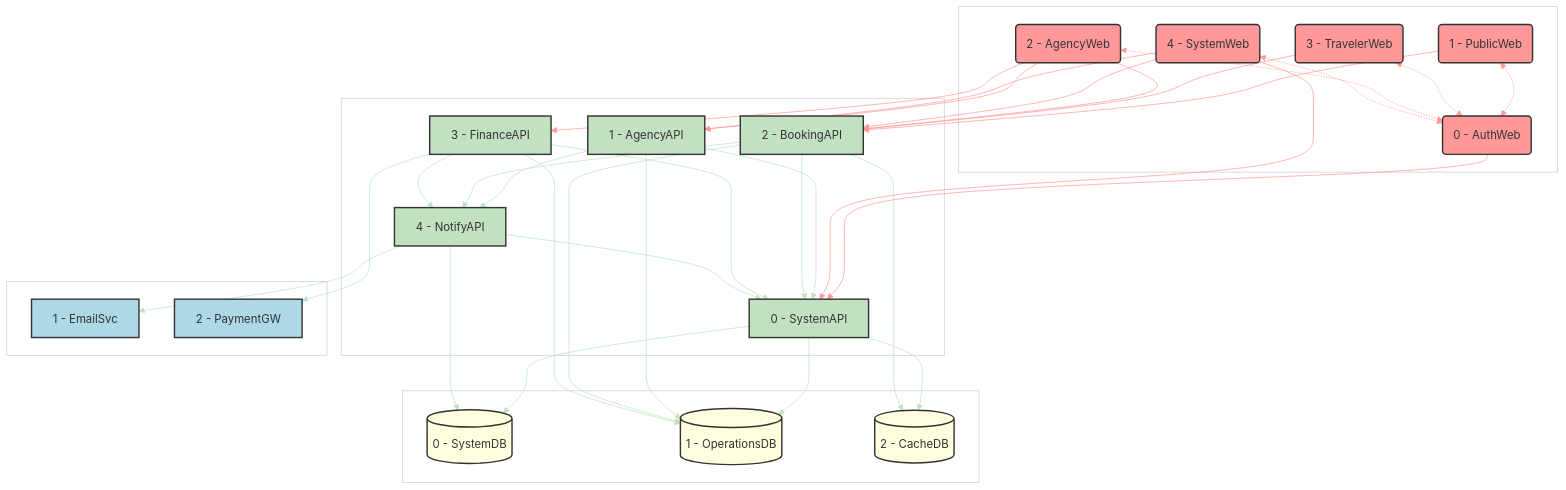
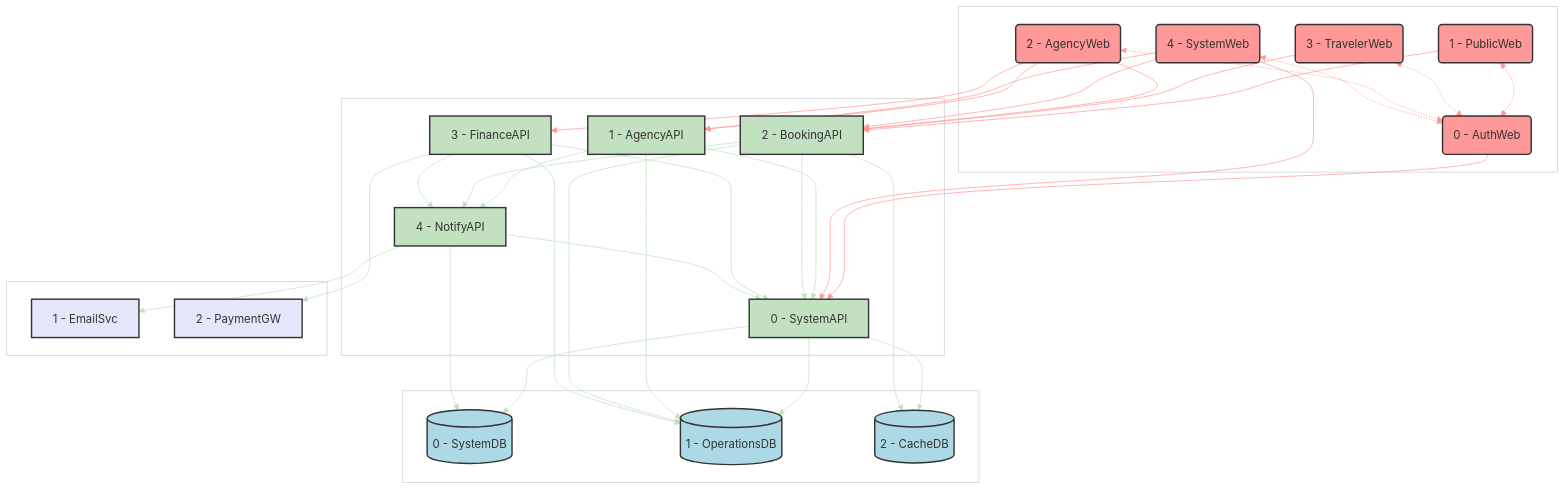
One commit to AstroBookings/.github changed the diagram in profile/1-analysis/2-astrobookings-system-architecture.md. Above: the diagram before and after it, drawn with Mermaid. The commit also changed 2 other files, not shown here.

````diff
--- a/profile/1-analysis/2-astrobookings-system-architecture.md
+++ b/profile/1-analysis/2-astrobookings-system-architecture.md
@@ -36,75 +36,75 @@
 ```mermaid
 graph TD
     subgraph WebApplications[ ]
         AuthWeb(0 - AuthWeb)
         PublicWeb(1 - PublicWeb)
         AgencyWeb(2 - AgencyWeb)
         TravelerWeb(3 - TravelerWeb)
         SystemWeb(4 - SystemWeb)
     end
 
     subgraph APIServices[ ]
         SystemAPI[0 - SystemAPI]
         AgencyAPI[1 - AgencyAPI]
         BookingAPI[2 - BookingAPI]
         FinanceAPI[3 - FinanceAPI]
         NotifyAPI[4 - NotifyAPI]
     end
 
     subgraph Databases[ ]
         SystemDB[(0 - SystemDB)]
         OperationsDB[(1 - OperationsDB)]
         CacheDB[(2 - CacheDB)]
     end
 
     subgraph External[ ]
         EmailSvc[1 - EmailSvc]
         PaymentGW[2 - PaymentGW]
     end
 
     %% Web to Web connections
     PublicWeb <-.->  AuthWeb
     TravelerWeb <-.-> AuthWeb
     AgencyWeb <-.-> AuthWeb
     SystemWeb <-.-> AuthWeb
 
     %% Web to API connections
     AuthWeb --> SystemAPI
     PublicWeb -->  BookingAPI
     TravelerWeb --> BookingAPI
     AgencyWeb --> AgencyAPI & BookingAPI & FinanceAPI
     SystemWeb --> AgencyAPI & BookingAPI & SystemAPI
 
     %% API to API connections
     AgencyAPI -->  SystemAPI & NotifyAPI
     BookingAPI -->  SystemAPI & NotifyAPI
     FinanceAPI -->  SystemAPI & NotifyAPI
     NotifyAPI -->  SystemAPI
 
     %% API to Database connections
     SystemAPI -->  OperationsDB & SystemDB & CacheDB
     AgencyAPI -->  OperationsDB
     BookingAPI -->  OperationsDB & CacheDB
     FinanceAPI -->  OperationsDB
     NotifyAPI -->  SystemDB
 
     %% API to External Service connections
     NotifyAPI --> EmailSvc
     FinanceAPI --> PaymentGW
 
     %% Style
     style WebApplications stroke:#ccc,fill:#FFFFFF,stroke-width:1px;
     style APIServices stroke:#ccc,fill:#FFFFFF,stroke-width:1px;
     style Databases stroke:#ccc,fill:#FFFFFF,stroke-width:1px;
     style External stroke:#ccc,fill:#FFFFFF,stroke-width:1px;
     classDef web fill:#FF9999,stroke:#333,stroke-width:2px;
     classDef api fill:#C1E1C1,stroke:#333,stroke-width:2px;
-    classDef db fill:#FFFFE0,stroke:#333,stroke-width:2px;
-    classDef ext fill:#ADD8E6,stroke:#333,stroke-width:2px;
+    classDef db fill:#ADD8E6,stroke:#333,stroke-width:2px;
+    classDef ext fill:#E6E6FA,stroke:#333,stroke-width:2px;
     class AuthWeb,PublicWeb,AgencyWeb,TravelerWeb,SystemWeb web;
     class AgencyAPI,BookingAPI,FinanceAPI,NotifyAPI,SystemAPI api;
     class OperationsDB,SystemDB,CacheDB db;
     class EmailSvc,PaymentGW ext;
     linkStyle 0,1,2,3,4,5,6,7,8,9,10,11,12 stroke:#FF9999
     linkStyle 13,14,15,16,17,18,19,20,21,22,23,24,25,26,27,28,29 stroke:#C1E1C1
 ```
````
